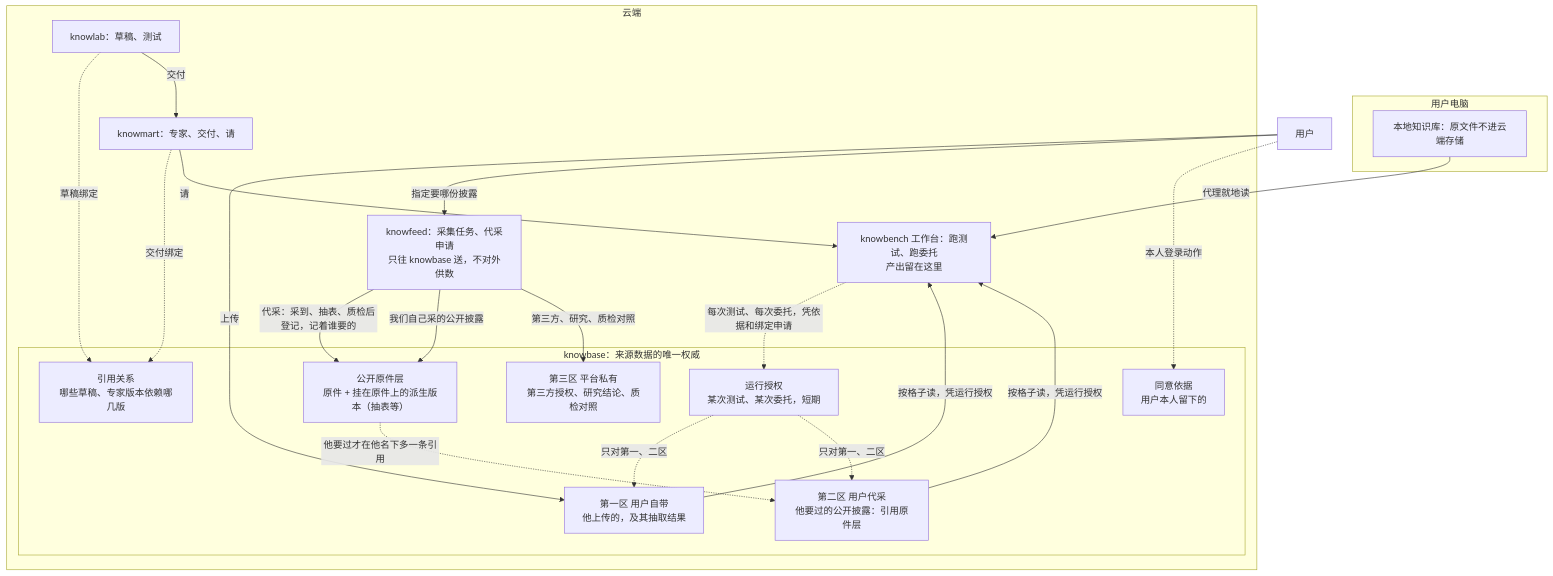
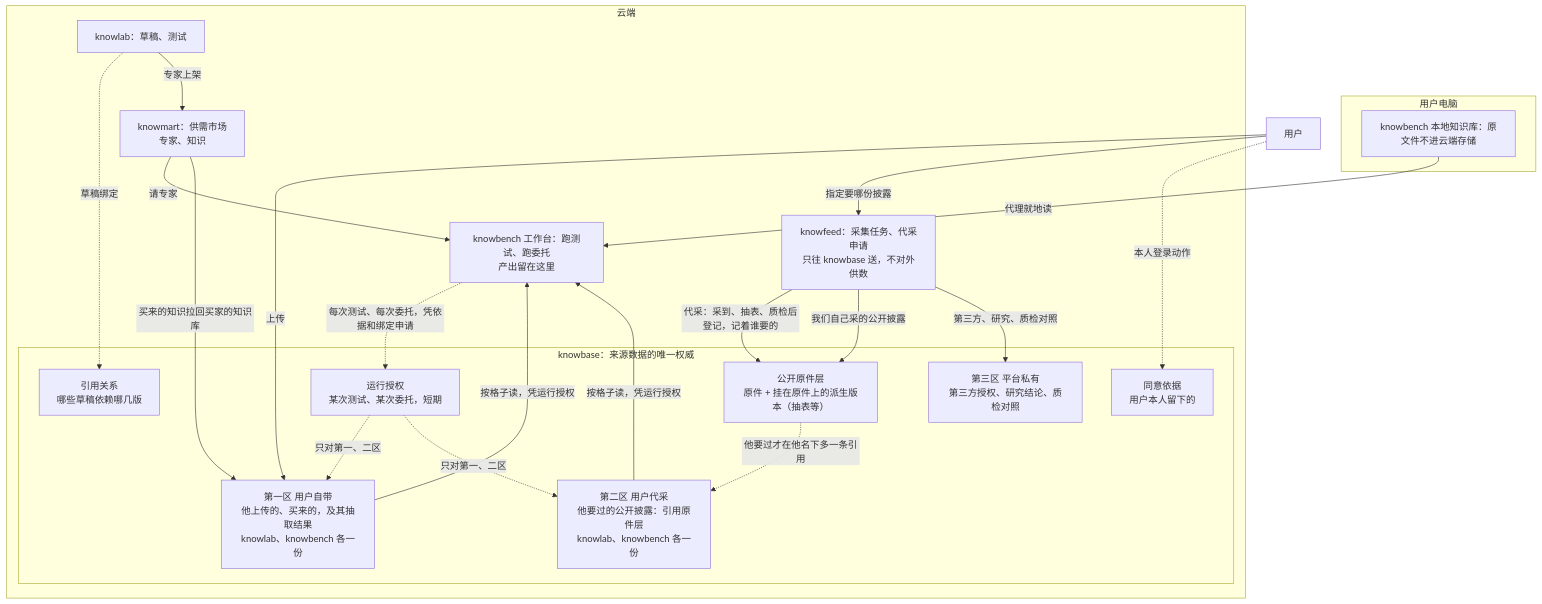
One commit to sunmoonlion/sunmoonun changed the diagram in docs/总纲/数据拓扑.md. Above: the diagram before and after it, drawn with Mermaid. The commit also changed other lines of this file and 2 other files, not shown here.

First line of the commit message:
docs: 三个应用相互独立、专家不绑数据、knowmart 改供需市场（所有者 10-23）

````diff
--- a/docs/总纲/数据拓扑.md
+++ b/docs/总纲/数据拓扑.md
@@ -52,37 +56,37 @@
 ```mermaid
 flowchart TB
   subgraph PC[用户电脑]
-    L[本地知识库：原文件不进云端存储]
+    L[knowbench 本地知识库：原文件不进云端存储]
   end
 
   subgraph CLOUD[云端]
     F[knowfeed：采集任务、代采申请<br/>只往 knowbase 送，不对外供数]
     subgraph KB[knowbase：来源数据的唯一权威]
       O[公开原件层<br/>原件 + 挂在原件上的派生版本（抽表等）]
-      Z1[第一区 用户自带<br/>他上传的，及其抽取结果]
-      Z2[第二区 用户代采<br/>他要过的公开披露：引用原件层]
+      Z1[第一区 用户自带<br/>他上传的、买来的，及其抽取结果<br/>knowlab、knowbench 各一份]
+      Z2[第二区 用户代采<br/>他要过的公开披露：引用原件层<br/>knowlab、knowbench 各一份]
       Z3[第三区 平台私有<br/>第三方授权、研究结论、质检对照]
       C[同意依据<br/>用户本人留下的]
-      R[引用关系<br/>哪些草稿、专家版本依赖哪几版]
+      R[引用关系<br/>哪些草稿依赖哪几版]
       G[运行授权<br/>某次测试、某次委托，短期]
     end
     LAB[knowlab：草稿、测试]
-    MART[knowmart：专家、交付、请]
+    MART[knowmart：供需市场<br/>专家、知识]
     BENCH[knowbench 工作台：跑测试、跑委托<br/>产出留在这里]
   end
 
   U[用户] -->|上传| Z1
   U -->|指定要哪份披露| F
   F -->|代采：采到、抽表、质检后登记，记着谁要的| O
   F -->|我们自己采的公开披露| O
   O -.->|他要过才在他名下多一条引用| Z2
   F -->|第三方、研究、质检对照| Z3
   U -.->|本人登录动作| C
   LAB -.->|草稿绑定| R
-  MART -.->|交付绑定| R
   BENCH -.->|每次测试、每次委托，凭依据和绑定申请| G
   G -.->|只对第一、二区| Z1 & Z2
   Z1 & Z2 -->|按格子读，凭运行授权| BENCH
   L -->|代理就地读| BENCH
-  LAB -->|交付| MART -->|请| BENCH
+  LAB -->|专家上架| MART -->|请专家| BENCH
+  MART -->|买来的知识拉回买家的知识库| Z1
 ```
````
